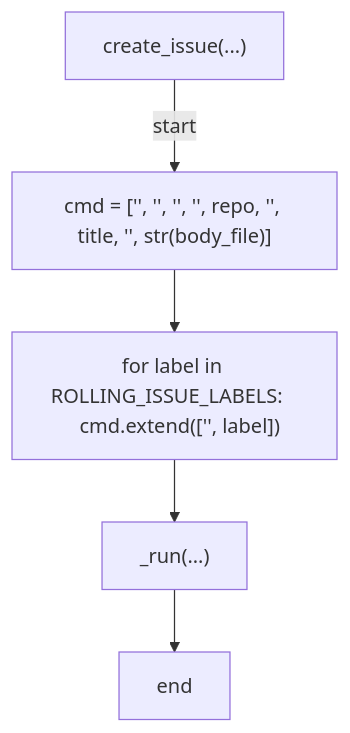
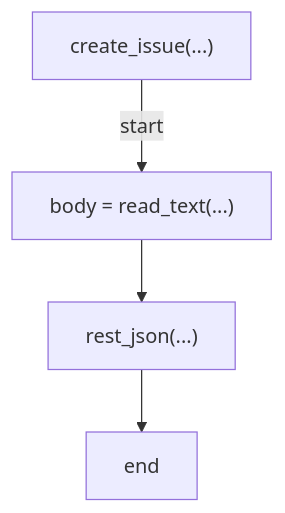
Diagram 12 of 25 in docs/generated/scripts/ast/branch_cleanup.md (tvna/claude-md), drawn with Mermaid before and after one commit. The commit also changed other lines of this file and 15 other files, not shown here.

First line of the commit message:
docs(generated): regenerate decision tree and workflow diagrams

````diff
--- a/docs/generated/scripts/ast/branch_cleanup.md
+++ b/docs/generated/scripts/ast/branch_cleanup.md
@@ -149,12 +166,10 @@
 ```mermaid
 flowchart TD
     N001["create_issue(...)"]
-    N002["cmd = ['<str>', '<str>', '<str>', '<str>', repo, '<str>', title, '<str>', str(body_file)]"]
-    N003["for label in ROLLING_ISSUE_LABELS:     cmd.extend(['<str>', label])"]
-    N004["_run(...)"]
-    N005["end"]
+    N002["body = read_text(...)"]
+    N003["rest_json(...)"]
+    N004["end"]
     N001 -->|"start"| N002
     N002 --> N003
     N003 --> N004
-    N004 --> N005
 ```
````
